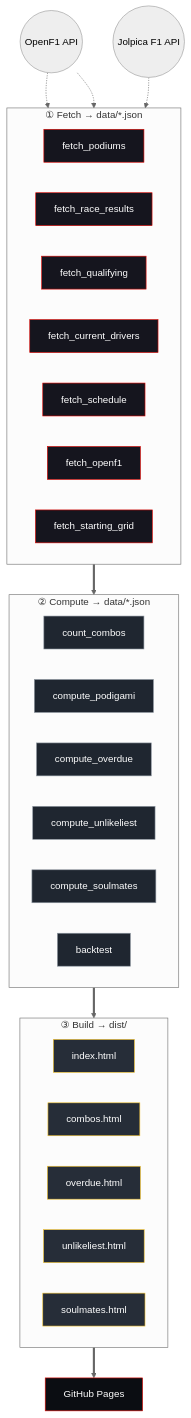
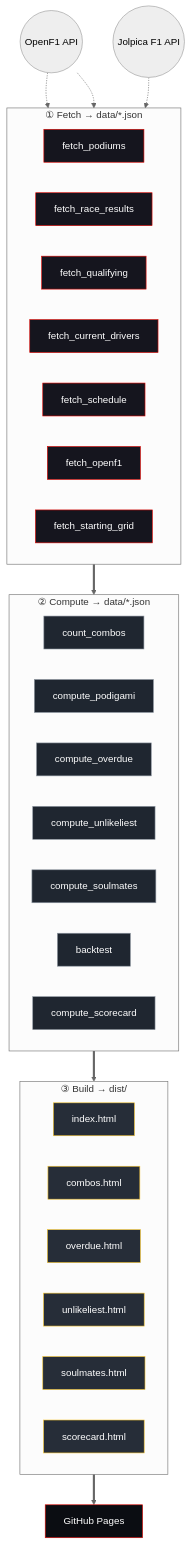
Before and after one commit to NikoKiru/f1podigami: the first of 2 diagrams in README.md, drawn with Mermaid (neutral theme). The commit also changed other lines of this file and 24 other files, not shown here.

````diff
--- a/README.md
+++ b/README.md
@@ -107,51 +109,53 @@
 ```mermaid
 flowchart TD
     classDef fetch fill:#15151E,stroke:#e10600,color:#fff
     classDef compute fill:#1f2630,stroke:#8b949e,color:#fff
     classDef build fill:#262d38,stroke:#f4c430,color:#fff
     classDef page fill:#0b0d12,stroke:#e10600,color:#fff
     classDef json fill:#161b22,stroke:#58a6ff,color:#8b949e
 
     API(("Jolpica F1 API"))
     OF(("OpenF1 API"))
 
     subgraph FETCH ["① Fetch  →  data/*.json"]
         direction LR
         FP["fetch_podiums"]:::fetch
         FR["fetch_race_results"]:::fetch
         FQ["fetch_qualifying"]:::fetch
         FG["fetch_current_drivers"]:::fetch
         FS["fetch_schedule"]:::fetch
         FO["fetch_openf1"]:::fetch
         FSG["fetch_starting_grid"]:::fetch
     end
 
     API -.-> FETCH
     OF -.-> FO
     OF -.-> FSG
 
     subgraph COMPUTE ["② Compute  →  data/*.json"]
         direction LR
         CC["count_combos"]:::compute
         CP["compute_podigami"]:::compute
         CO["compute_overdue"]:::compute
         CU["compute_unlikeliest"]:::compute
         CM["compute_soulmates"]:::compute
         BT["backtest"]:::compute
+        CS["compute_scorecard"]:::compute
     end
 
     FETCH ==> COMPUTE
 
     subgraph BUILD ["③ Build  →  dist/"]
         direction LR
         BP["index.html"]:::build
         BC["combos.html"]:::build
         BO["overdue.html"]:::build
         BU["unlikeliest.html"]:::build
         BS["soulmates.html"]:::build
+        BSC["scorecard.html"]:::build
     end
 
     COMPUTE ==> BUILD
 
     BUILD ==> GH["GitHub Pages"]:::page
 ```
````
